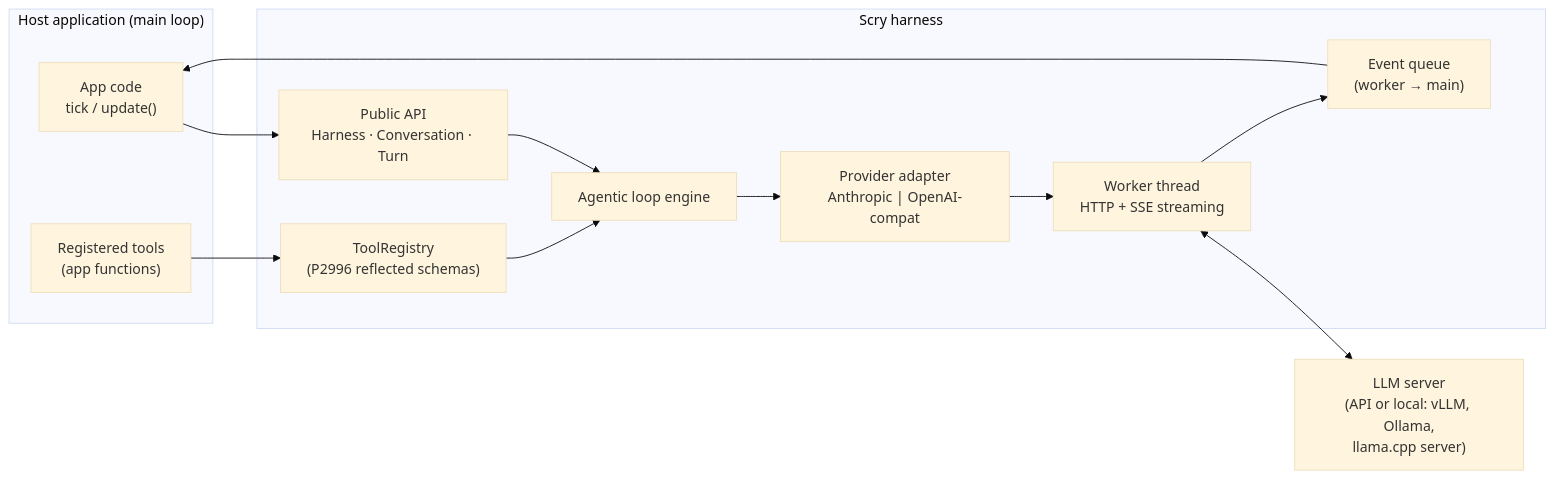
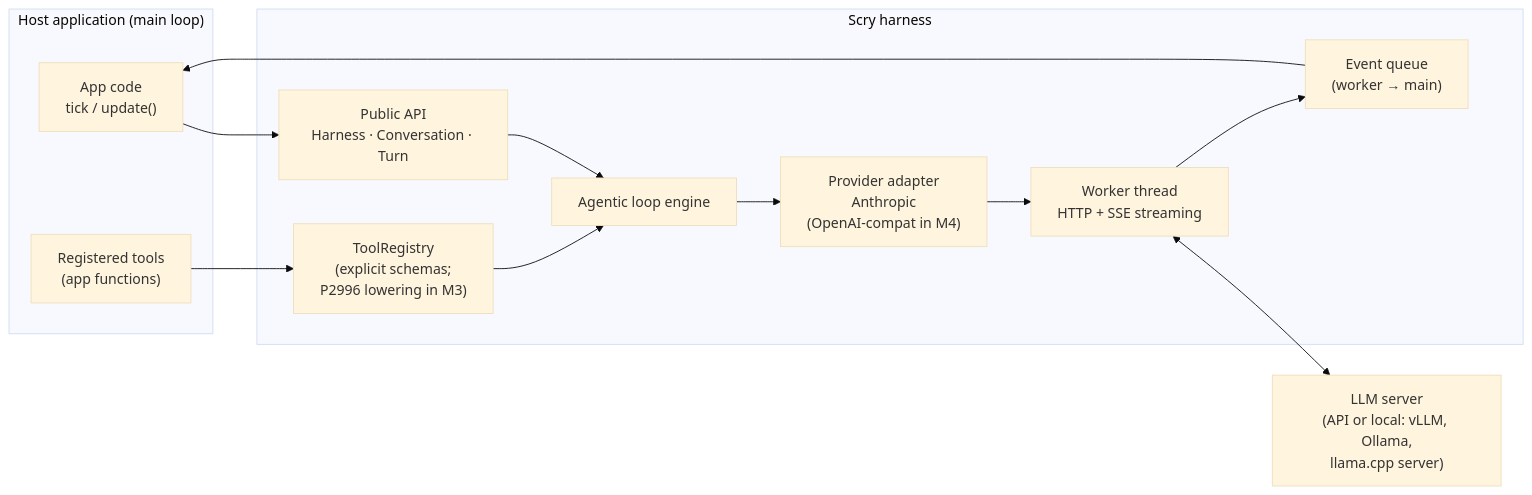
One commit to crybo-rybo/scry changed the first of 3 diagrams in DESIGN.md. Above: the diagram before and after it, drawn with Mermaid (base theme). The commit also changed other lines of this file and 66 other files, not shown here.

````diff
--- a/DESIGN.md
+++ b/DESIGN.md
@@ -103,23 +125,23 @@
 ```mermaid
 graph LR
     subgraph App["Host application (main loop)"]
         MAIN["App code<br/>tick / update()"]
         TOOLS["Registered tools<br/>(app functions)"]
     end
 
     subgraph Scry["Scry harness"]
         API["Public API<br/>Harness · Conversation · Turn"]
-        REG["ToolRegistry<br/>(P2996 reflected schemas)"]
+        REG["ToolRegistry<br/>(explicit schemas;<br/>P2996 lowering in M3)"]
         LOOP["Agentic loop engine"]
         Q["Event queue<br/>(worker → main)"]
-        PROV["Provider adapter<br/>Anthropic | OpenAI-compat"]
+        PROV["Provider adapter<br/>Anthropic<br/>(OpenAI-compat in M4)"]
         NET["Worker thread<br/>HTTP + SSE streaming"]
     end
 
     LLM["LLM server<br/>(API or local: vLLM, Ollama,<br/>llama.cpp server)"]
 
     MAIN --> API --> LOOP
     TOOLS --> REG --> LOOP
     LOOP --> PROV --> NET <--> LLM
     NET --> Q --> MAIN
 ```
````
